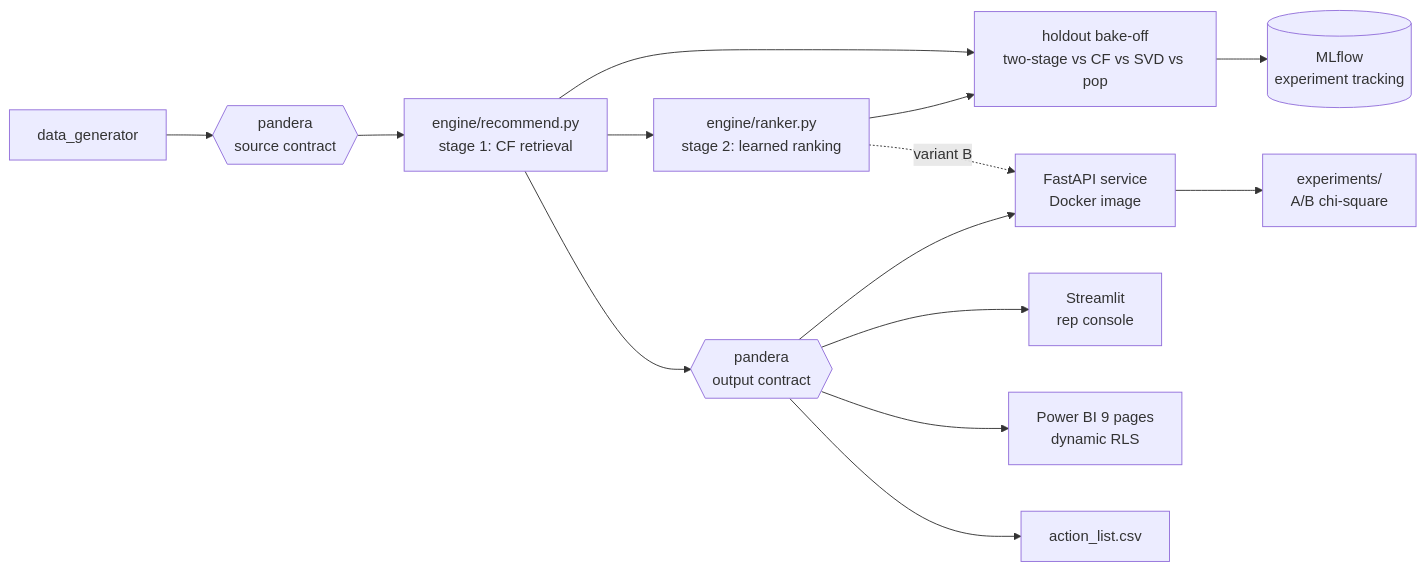
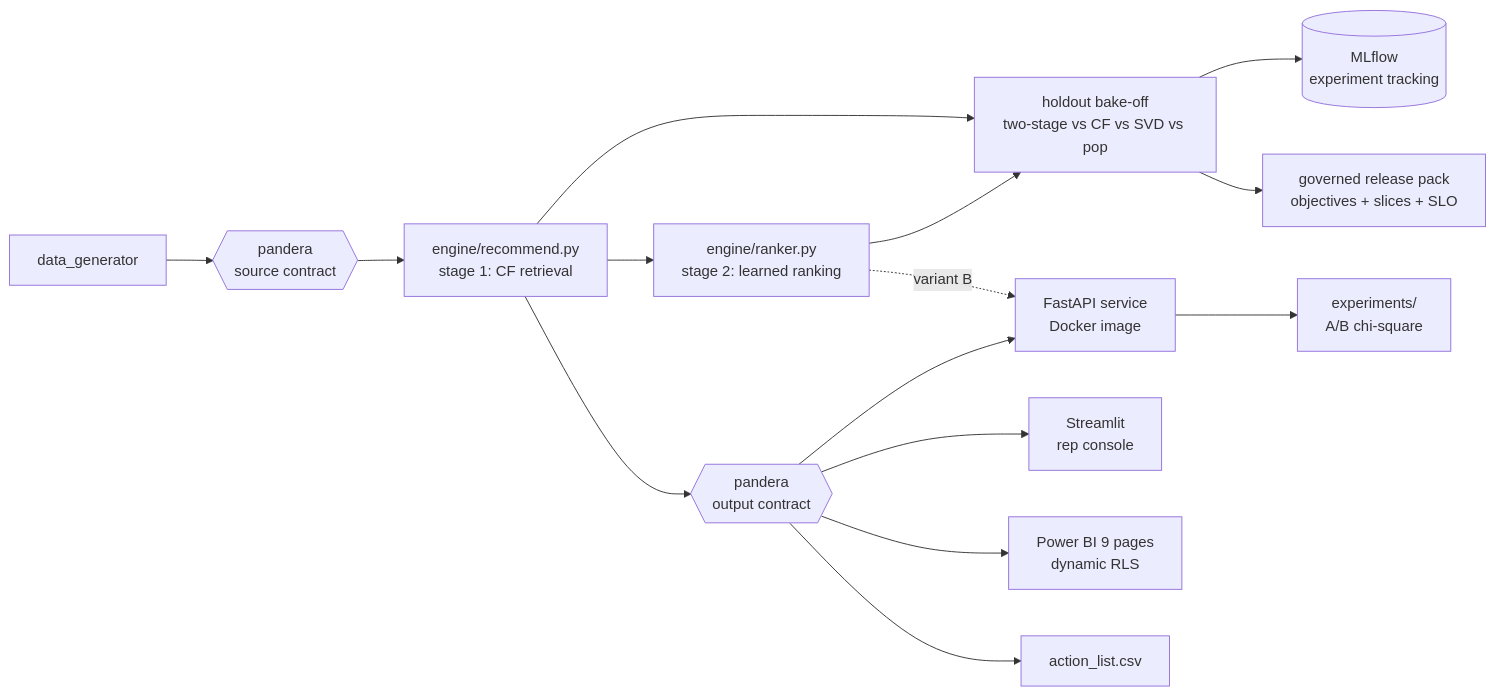
Before and after one commit to KushPatel29/Customer-Recommendation-Engine: the diagram in README.md, drawn with Mermaid. The commit also changed other lines of this file and 17 other files, not shown here.

````diff
--- a/README.md
+++ b/README.md
@@ -46,16 +76,17 @@
 ```mermaid
 flowchart LR
     GEN[data_generator] --> CONTRACT1{{pandera<br/>source contract}}
     CONTRACT1 --> ENG[engine/recommend.py<br/>stage 1: CF retrieval]
     ENG --> RANK[engine/ranker.py<br/>stage 2: learned ranking]
     ENG --> EVAL[holdout bake-off<br/>two-stage vs CF vs SVD vs pop]
     RANK --> EVAL
     EVAL --> MLF[(MLflow<br/>experiment tracking)]
+    EVAL --> DEC[governed release pack<br/>objectives + slices + SLO]
     RANK -.variant B.-> API
     API --> AB[experiments/<br/>A/B chi-square]
     ENG --> CONTRACT2{{pandera<br/>output contract}}
     CONTRACT2 --> API[FastAPI service<br/>Docker image]
     CONTRACT2 --> UI[Streamlit<br/>rep console]
     CONTRACT2 --> PBI[Power BI 9 pages<br/>dynamic RLS]
     CONTRACT2 --> CSV[action_list.csv]
 ```
````
